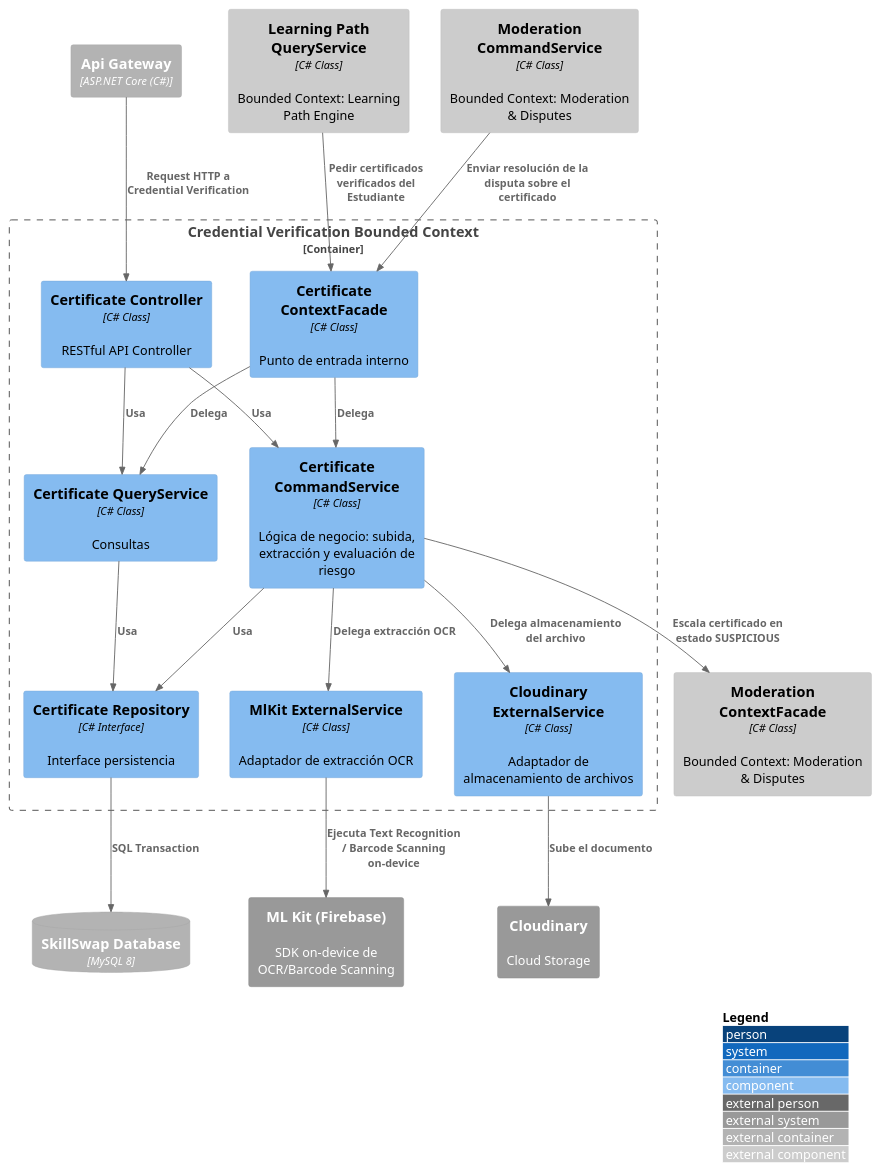
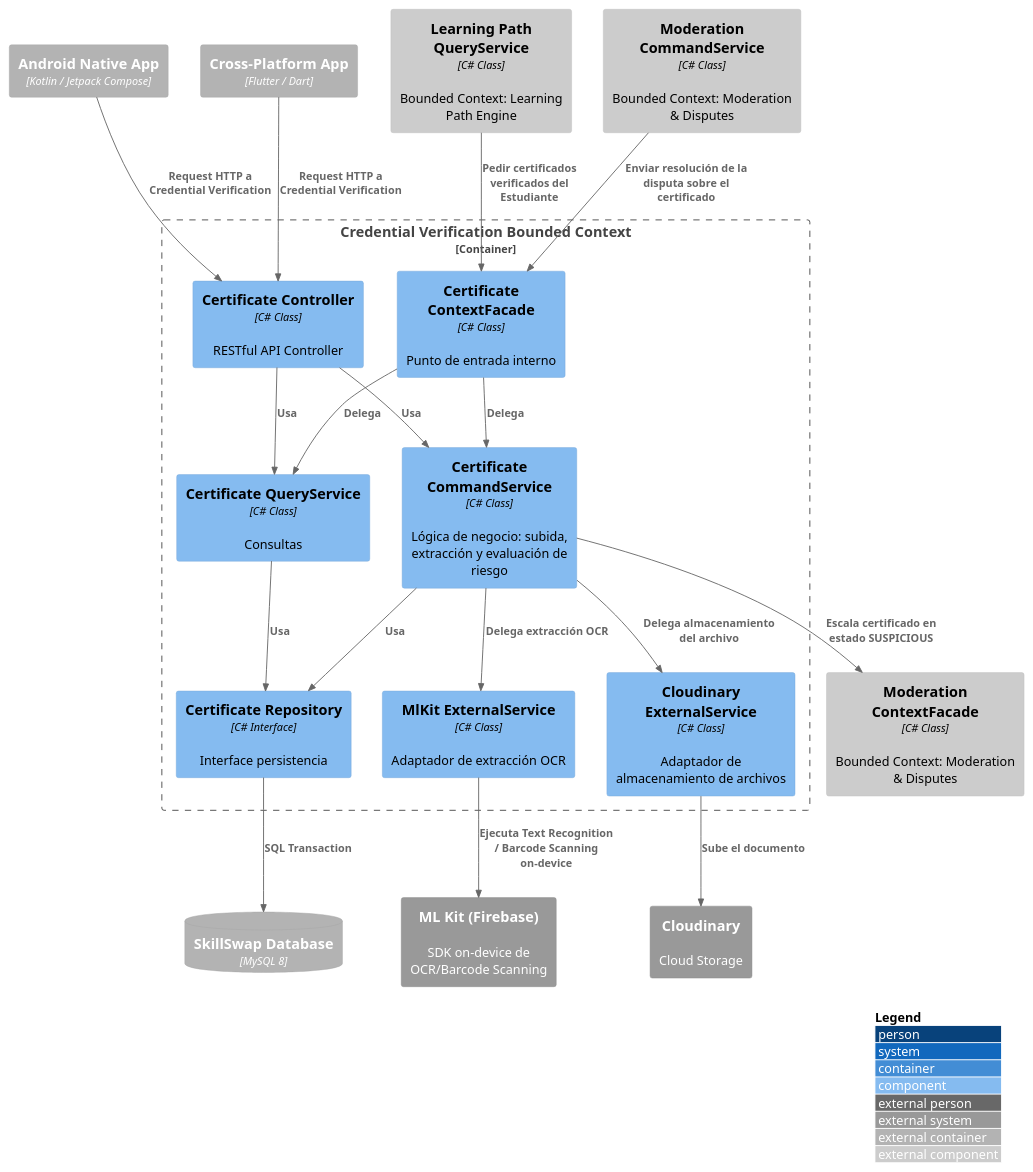
The diagram in DB&C4/Component_Diagram_Credential_Verification.puml (Aplicaciones-Dispositivos-Moviles/SkillSwap-ProjectReport), drawn with PlantUML before and after one commit. The commit also changed 20 other files, not shown here.

Commit message:
docs: modify C4 architecture diagrams per professor request

```diff
--- a/DB&C4/Component_Diagram_Credential_Verification.puml
+++ b/DB&C4/Component_Diagram_Credential_Verification.puml
@@ -1,46 +1,48 @@
 @startuml CredentialVerificationComponent
 !include https://raw.githubusercontent.com/plantuml-stdlib/C4-PlantUML/master/C4_Component.puml
 
 LAYOUT_WITH_LEGEND()
 
-Container_Ext(apiGateway, "Api Gateway", "ASP.NET Core (C#)")
+Container_Ext(androidApp, "Android Native App", "Kotlin / Jetpack Compose")
+Container_Ext(flutterApp, "Cross-Platform App", "Flutter / Dart")
 ContainerDb_Ext(mainDB, "SkillSwap Database", "MySQL 8")
 System_Ext(mlKitService, "ML Kit (Firebase)", "SDK on-device de OCR/Barcode Scanning")
 System_Ext(cloudStorage, "Cloudinary", "Cloud Storage")
 
 Container_Boundary(credentialBC, "Credential Verification Bounded Context") {
     Component(certificateController, "Certificate Controller", "C# Class", "RESTful API Controller")
     Component(certificateCommandService, "Certificate CommandService", "C# Class", "Lógica de negocio: subida, extracción y evaluación de riesgo")
     Component(certificateQueryService, "Certificate QueryService", "C# Class", "Consultas")
     Component(certificateRepository, "Certificate Repository", "C# Interface", "Interface persistencia")
     Component(mlKitExtractorExternal, "MlKit ExternalService", "C# Class", "Adaptador de extracción OCR")
     Component(cloudinaryStorageExternal, "Cloudinary ExternalService", "C# Class", "Adaptador de almacenamiento de archivos")
     Component(certificateContextFacade, "Certificate ContextFacade", "C# Class", "Punto de entrada interno")
 }
 
 Component_Ext(moderationContextFacade, "Moderation ContextFacade", "C# Class", "Bounded Context: Moderation & Disputes")
 Component_Ext(pathEngineQueryService, "Learning Path QueryService", "C# Class", "Bounded Context: Learning Path Engine")
 Component_Ext(moderationCommandService, "Moderation CommandService", "C# Class", "Bounded Context: Moderation & Disputes")
 
-Rel(apiGateway, certificateController, "Request HTTP a Credential Verification")
+Rel(androidApp, certificateController, "Request HTTP a Credential Verification")
+Rel(flutterApp, certificateController, "Request HTTP a Credential Verification")
 Rel(certificateController, certificateCommandService, "Usa")
 Rel(certificateController, certificateQueryService, "Usa")
 Rel(certificateCommandService, certificateRepository, "Usa")
 Rel(certificateQueryService, certificateRepository, "Usa")
 Rel(certificateRepository, mainDB, "SQL Transaction")
 
 Rel(certificateCommandService, mlKitExtractorExternal, "Delega extracción OCR")
 Rel(mlKitExtractorExternal, mlKitService, "Ejecuta Text Recognition / Barcode Scanning on-device")
 
 Rel(certificateCommandService, cloudinaryStorageExternal, "Delega almacenamiento del archivo")
 Rel(cloudinaryStorageExternal, cloudStorage, "Sube el documento")
 
 Rel(certificateCommandService, moderationContextFacade, "Escala certificado en estado SUSPICIOUS")
 
 Rel(certificateContextFacade, certificateCommandService, "Delega")
 Rel(certificateContextFacade, certificateQueryService, "Delega")
 
 Rel(pathEngineQueryService, certificateContextFacade, "Pedir certificados verificados del Estudiante")
 Rel(moderationCommandService, certificateContextFacade, "Enviar resolución de la disputa sobre el certificado")
 
 @enduml
```
